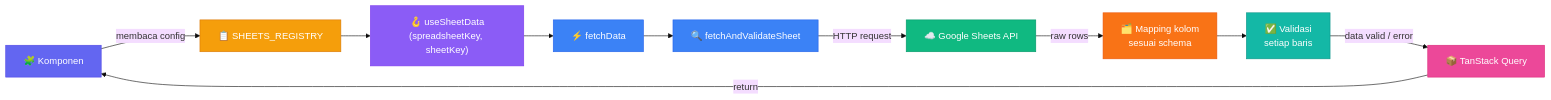
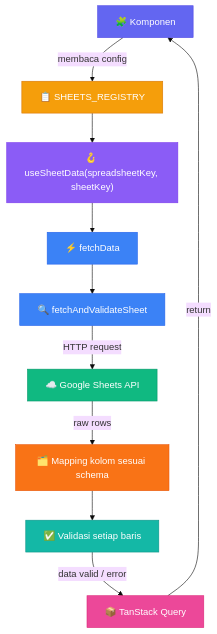
The diagram in docs/google-sheets.md (bagusindriyanto/ihp-dashboard), drawn with Mermaid (base theme) before and after one commit.

Commit message:
docs: update the flow of fetching data from Google Sheets to React

````diff
--- a/docs/google-sheets.md
+++ b/docs/google-sheets.md
@@ -7,23 +7,22 @@
 ```mermaid
-flowchart LR
+flowchart TD
   A["🧩 Komponen"] -->|"membaca config"| B["📋 SHEETS_REGISTRY"]
-  B --> C["🪝 useSheetData\n(spreadsheetKey, sheetKey)"]
+  B --> C["🪝 useSheetData(spreadsheetKey, sheetKey)"]
   C --> D["⚡ fetchData"]
   D --> E["🔍 fetchAndValidateSheet"]
   E -->|"HTTP request"| F["☁️ Google Sheets API"]
-
-  F -->|"raw rows"| G["🗂️ Mapping kolom\nsesuai schema"]
-  G --> H["✅ Validasi\nsetiap baris"]
+  F -->|"raw rows"| G["🗂️ Mapping kolom sesuai schema"]
+  G --> H["✅ Validasi setiap baris"]
   H -->|"data valid / error"| I["📦 TanStack Query"]
   I -->|"return"| A
 
   style A fill:#6366f1,color:#fff,stroke:#4f46e5
   style B fill:#f59e0b,color:#fff,stroke:#d97706
   style C fill:#8b5cf6,color:#fff,stroke:#7c3aed
   style D fill:#3b82f6,color:#fff,stroke:#2563eb
   style E fill:#3b82f6,color:#fff,stroke:#2563eb
   style F fill:#10b981,color:#fff,stroke:#059669
   style G fill:#f97316,color:#fff,stroke:#ea580c
   style H fill:#14b8a6,color:#fff,stroke:#0d9488
   style I fill:#ec4899,color:#fff,stroke:#db2777
 ```
````
